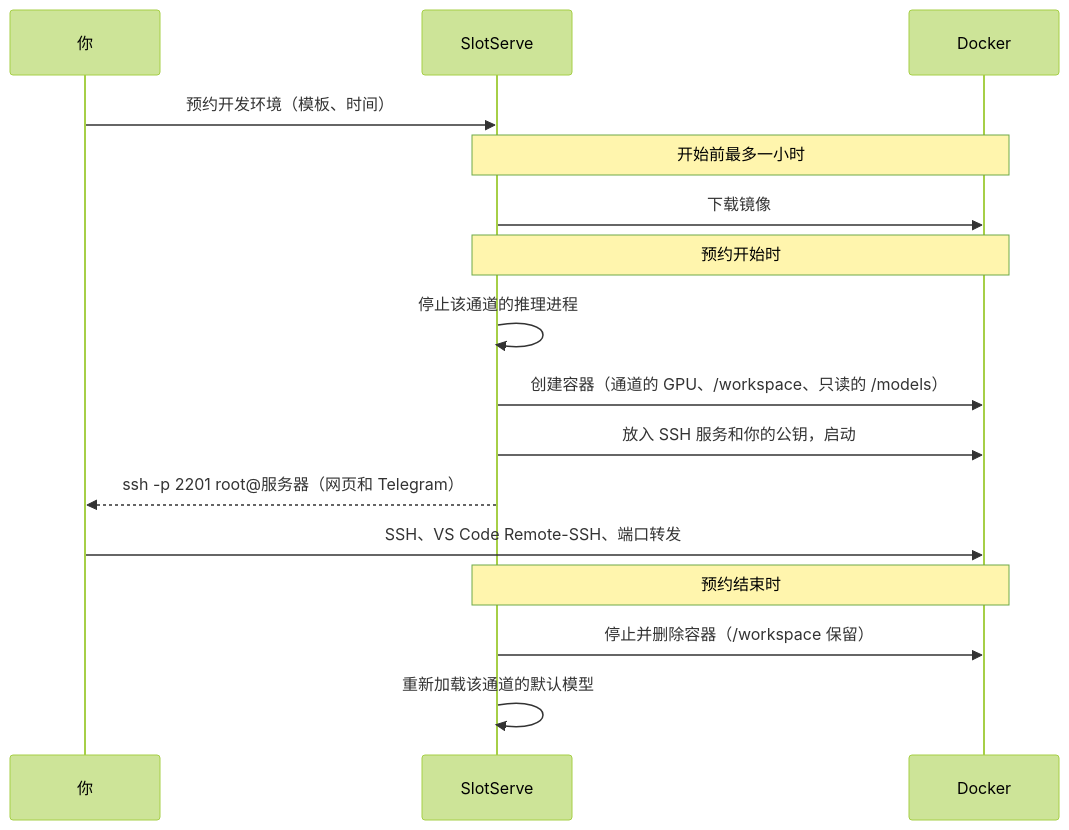
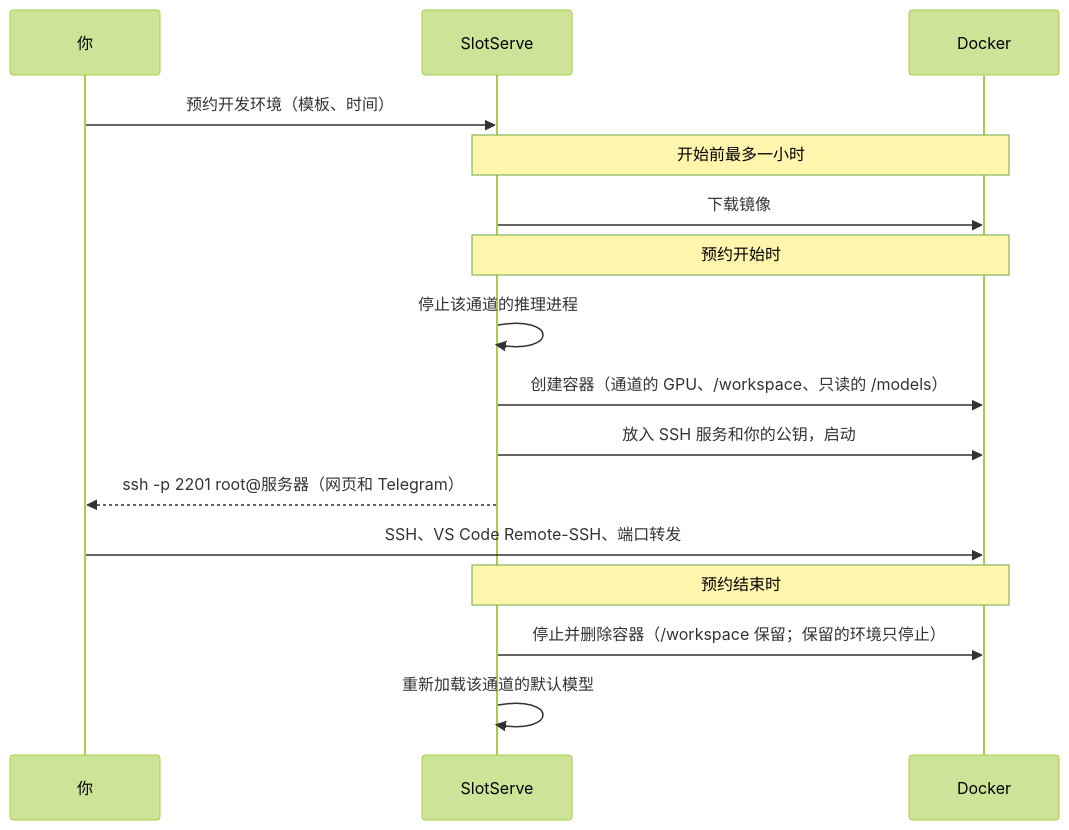
Before and after one commit to PelerYuan/slotserve: the diagram in docs/dev-environments.zh.md, drawn with Mermaid (forest theme). The commit also changed other lines of this file and 10 other files, not shown here.

````diff
--- a/docs/dev-environments.zh.md
+++ b/docs/dev-environments.zh.md
@@ -5,18 +5,18 @@
 ```mermaid
 sequenceDiagram
     participant U as 你
     participant S as SlotServe
     participant D as Docker
     U->>S: 预约开发环境（模板、时间）
     Note over S,D: 开始前最多一小时
     S->>D: 下载镜像
     Note over S,D: 预约开始时
     S->>S: 停止该通道的推理进程
     S->>D: 创建容器（通道的 GPU、/workspace、只读的 /models）
     S->>D: 放入 SSH 服务和你的公钥，启动
     S-->>U: ssh -p 2201 root@服务器（网页和 Telegram）
     U->>D: SSH、VS Code Remote-SSH、端口转发
     Note over S,D: 预约结束时
-    S->>D: 停止并删除容器（/workspace 保留）
+    S->>D: 停止并删除容器（/workspace 保留；保留的环境只停止）
     S->>S: 重新加载该通道的默认模型
 ```
````
